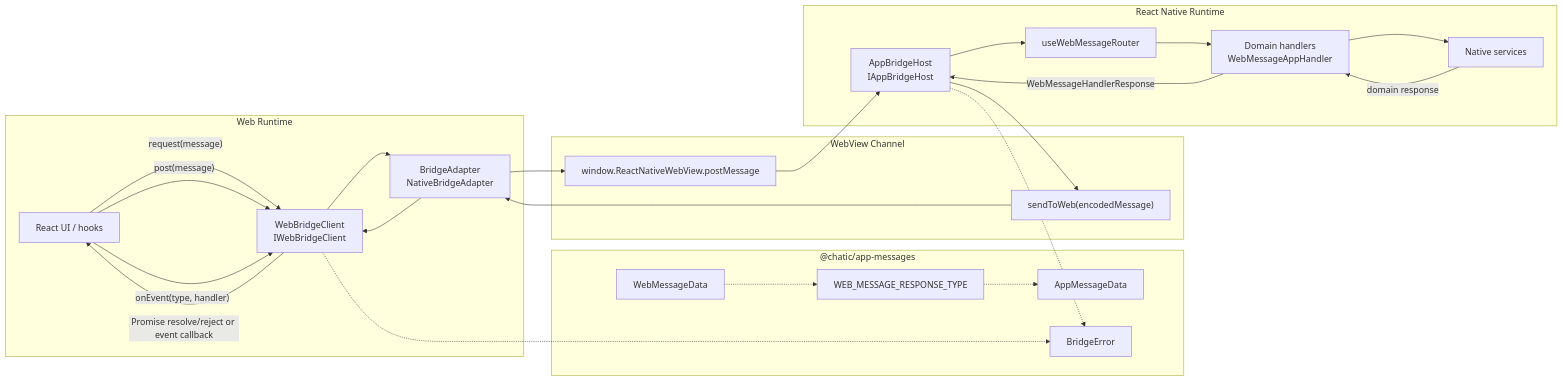
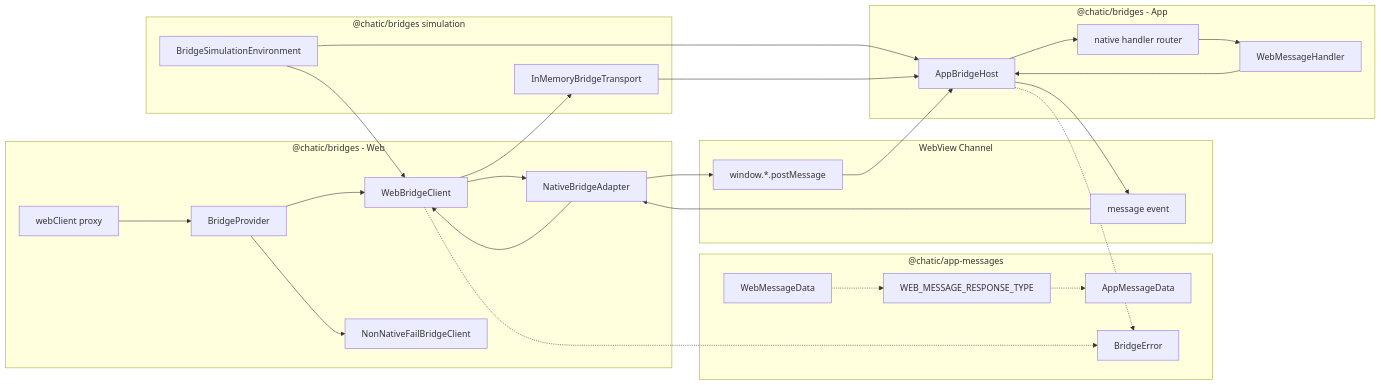
The first of 3 diagrams in libs/bridges/README.md (lemoncloud-io/dou-app), drawn with Mermaid before and after one commit. The commit also changed other lines of this file, not shown here.

First line of the commit message:
feat(bridges): update README with detailed architecture and simulation

````diff
--- a/libs/bridges/README.md
+++ b/libs/bridges/README.md
@@ -14,49 +45,56 @@
 ```mermaid
 flowchart LR
-    subgraph Web["Web Runtime"]
-        WebUI["React UI / hooks"]
-        WebClient["WebBridgeClient<br/>IWebBridgeClient"]
-        Adapter["BridgeAdapter<br/>NativeBridgeAdapter"]
+    subgraph Contract["@chatic/app-messages"]
+        WebTypes["WebMessageData<K>"]
+        ResponseMap["WEB_MESSAGE_RESPONSE_TYPE"]
+        AppTypes["AppMessageData<T>"]
+        BridgeError["BridgeError"]
     end
 
-    subgraph Contract["@chatic/app-messages"]
-        WebMsg["WebMessageData<K>"]
-        ResponseMap["WEB_MESSAGE_RESPONSE_TYPE"]
-        AppMsg["AppMessageData<T>"]
-        ErrorType["BridgeError"]
+    subgraph Web["@chatic/bridges - Web"]
+        Provider["BridgeProvider"]
+        WebProxy["webClient proxy"]
+        WebClient["WebBridgeClient"]
+        NativeAdapter["NativeBridgeAdapter"]
+        FailClient["NonNativeFailBridgeClient"]
     end
 
-    subgraph Channel["WebView Channel"]
-        W2A["window.ReactNativeWebView.postMessage"]
-        A2W["sendToWeb(encodedMessage)"]
+    subgraph NativeChannel["WebView Channel"]
+        W2A["window.*.postMessage"]
+        A2W["message event"]
     end
 
-    subgraph App["React Native Runtime"]
-        Host["AppBridgeHost<br/>IAppBridgeHost"]
-        Router["useWebMessageRouter"]
-        Handlers["Domain handlers<br/>WebMessageAppHandler<K>"]
-        NativeServices["Native services"]
+    subgraph App["@chatic/bridges - App"]
+        AppHost["AppBridgeHost"]
+        Router["native handler router"]
+        Handler["WebMessageHandler<K>"]
     end
 
-    WebUI -->|"request(message)"| WebClient
-    WebUI -->|"post(message)"| WebClient
-    WebUI -->|"onEvent(type, handler)"| WebClient
-    WebClient --> Adapter
-    Adapter --> W2A
-    W2A --> Host
-    Host --> Router
-    Router --> Handlers
-    Handlers --> NativeServices
+    subgraph Simulation["@chatic/bridges simulation"]
+        SimulationEnv["BridgeSimulationEnvironment"]
+        MemoryTransport["InMemoryBridgeTransport"]
+    end
 
-    NativeServices -->|"domain response"| Handlers
-    Handlers -->|"WebMessageHandlerResponse<K>"| Host
-    Host --> A2W
-    A2W --> Adapter
-    Adapter --> WebClient
-    WebClient -->|"Promise resolve/reject or event callback"| WebUI
+    WebProxy --> Provider
+    Provider --> WebClient
+    Provider --> FailClient
+    WebClient --> NativeAdapter
+    NativeAdapter --> W2A
+    W2A --> AppHost
+    AppHost --> Router
+    Router --> Handler
+    Handler --> AppHost
+    AppHost --> A2W
+    A2W --> NativeAdapter
+    NativeAdapter --> WebClient
 
-    WebMsg -.-> ResponseMap
-    ResponseMap -.-> AppMsg
-    Host -.-> ErrorType
-    WebClient -.-> ErrorType
+    SimulationEnv --> WebClient
+    SimulationEnv --> AppHost
+    WebClient --> MemoryTransport
+    MemoryTransport --> AppHost
+
+    WebTypes -.-> ResponseMap
+    ResponseMap -.-> AppTypes
+    WebClient -.-> BridgeError
+    AppHost -.-> BridgeError
 ```
````
